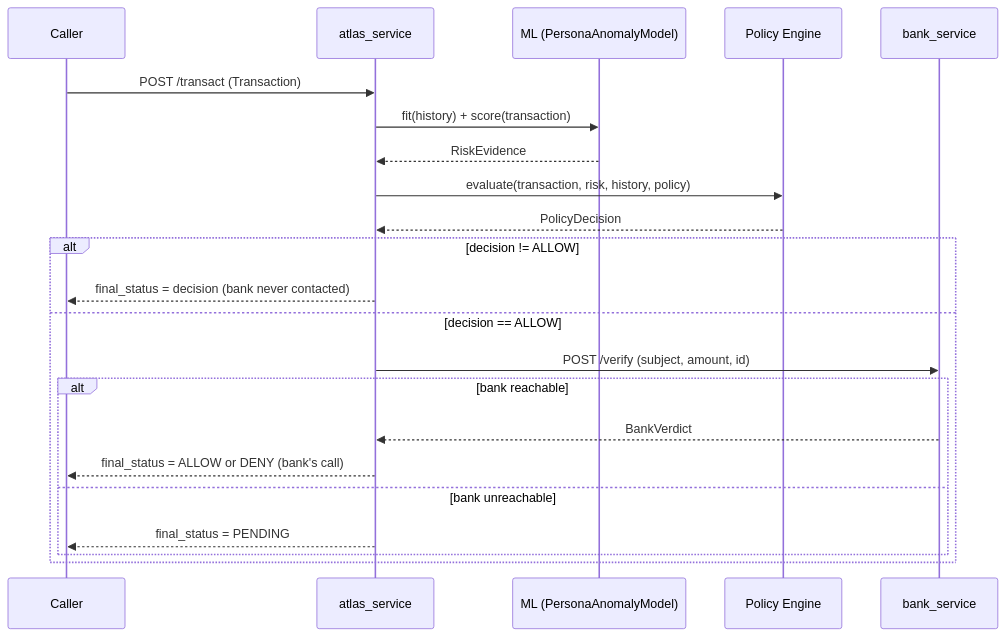
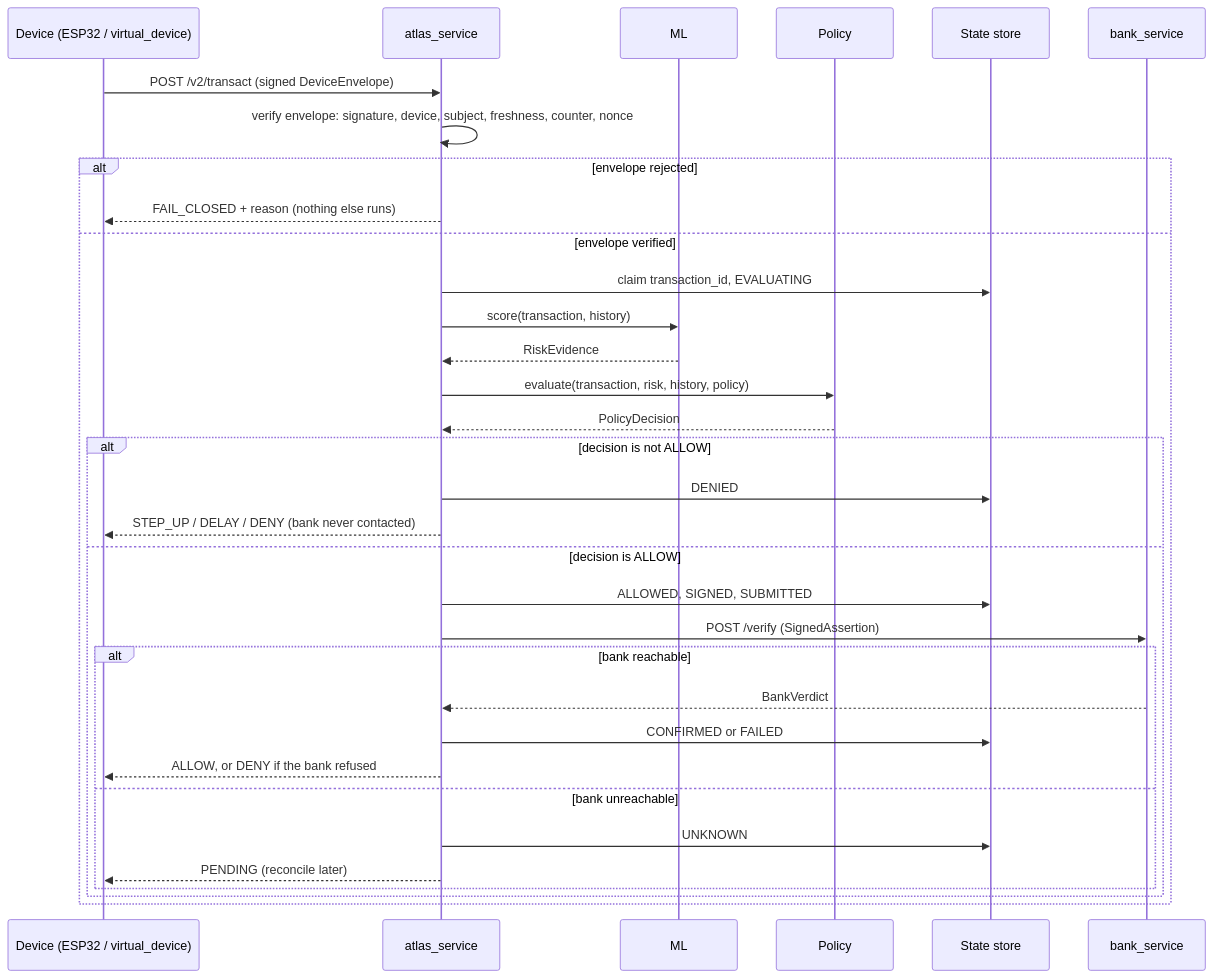
The fifth of 8 diagrams in docs/ATLAS-Blueprint.md (Dhanu2626/atlas), drawn with Mermaid before and after one commit. The commit also changed other lines of this file and 4 other files, not shown here.

````diff
--- a/docs/ATLAS-Blueprint.md
+++ b/docs/ATLAS-Blueprint.md
@@ -278,25 +374,36 @@
 ```mermaid
 sequenceDiagram
-    participant C as Caller
+    participant D as Device (ESP32 / virtual_device)
     participant A as atlas_service
-    participant M as ML (PersonaAnomalyModel)
-    participant P as Policy Engine
+    participant M as ML
+    participant P as Policy
+    participant S as State store
     participant B as bank_service
 
-    C->>A: POST /transact (Transaction)
-    A->>M: fit(history) + score(transaction)
-    M-->>A: RiskEvidence
-    A->>P: evaluate(transaction, risk, history, policy)
-    P-->>A: PolicyDecision
-    alt decision != ALLOW
-        A-->>C: final_status = decision (bank never contacted)
-    else decision == ALLOW
-        A->>B: POST /verify (subject, amount, id)
-        alt bank reachable
-            B-->>A: BankVerdict
-            A-->>C: final_status = ALLOW or DENY (bank's call)
-        else bank unreachable
-            A-->>C: final_status = PENDING
+    D->>A: POST /v2/transact (signed DeviceEnvelope)
+    A->>A: verify envelope: signature, device, subject, freshness, counter, nonce
+    alt envelope rejected
+        A-->>D: FAIL_CLOSED + reason (nothing else runs)
+    else envelope verified
+        A->>S: claim transaction_id, EVALUATING
+        A->>M: score(transaction, history)
+        M-->>A: RiskEvidence
+        A->>P: evaluate(transaction, risk, history, policy)
+        P-->>A: PolicyDecision
+        alt decision is not ALLOW
+            A->>S: DENIED
+            A-->>D: STEP_UP / DELAY / DENY (bank never contacted)
+        else decision is ALLOW
+            A->>S: ALLOWED, SIGNED, SUBMITTED
+            A->>B: POST /verify (SignedAssertion)
+            alt bank reachable
+                B-->>A: BankVerdict
+                A->>S: CONFIRMED or FAILED
+                A-->>D: ALLOW, or DENY if the bank refused
+            else bank unreachable
+                A->>S: UNKNOWN
+                A-->>D: PENDING (reconcile later)
+            end
         end
     end
 ```
````
